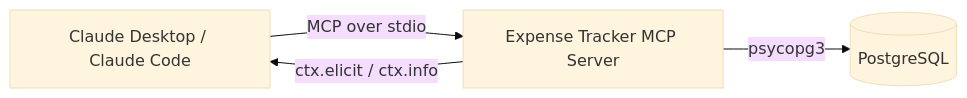
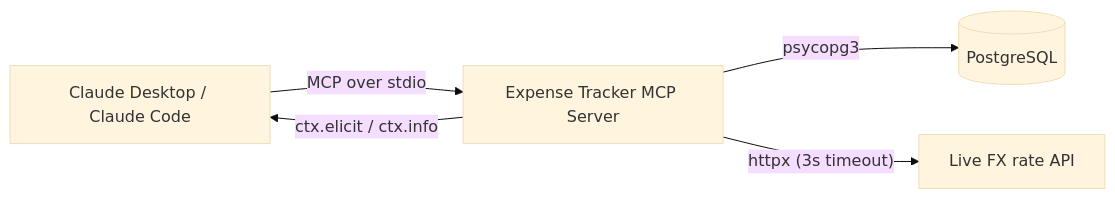
Before and after one commit to CodeWithDks/mcp: the diagram in 02_expense_tracker/README.md, drawn with Mermaid (base theme). The commit also changed other lines of this file, not shown here.

````diff
--- a/02_expense_tracker/README.md
+++ b/02_expense_tracker/README.md
@@ -71,6 +77,7 @@
 ```mermaid
 flowchart LR
     A[Claude Desktop / Claude Code] -- MCP over stdio --> B[Expense Tracker MCP Server]
     B -- psycopg3 --> C[(PostgreSQL)]
+    B -- httpx (3s timeout) --> D[Live FX rate API]
     B -- ctx.elicit / ctx.info --> A
 ```
````
